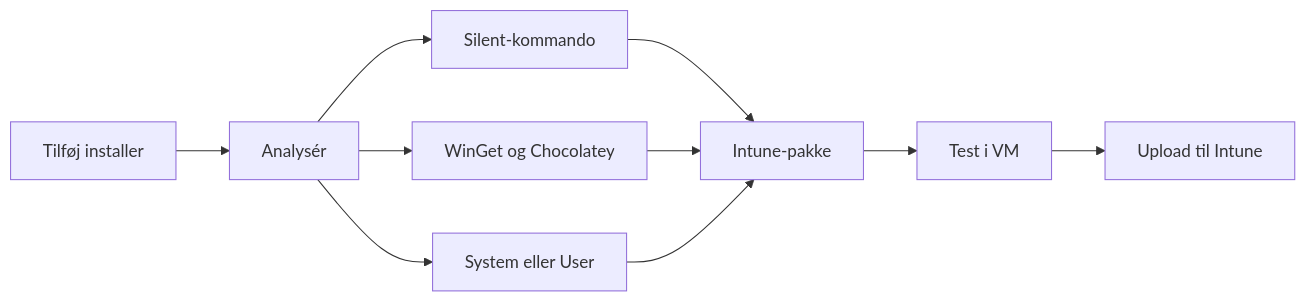
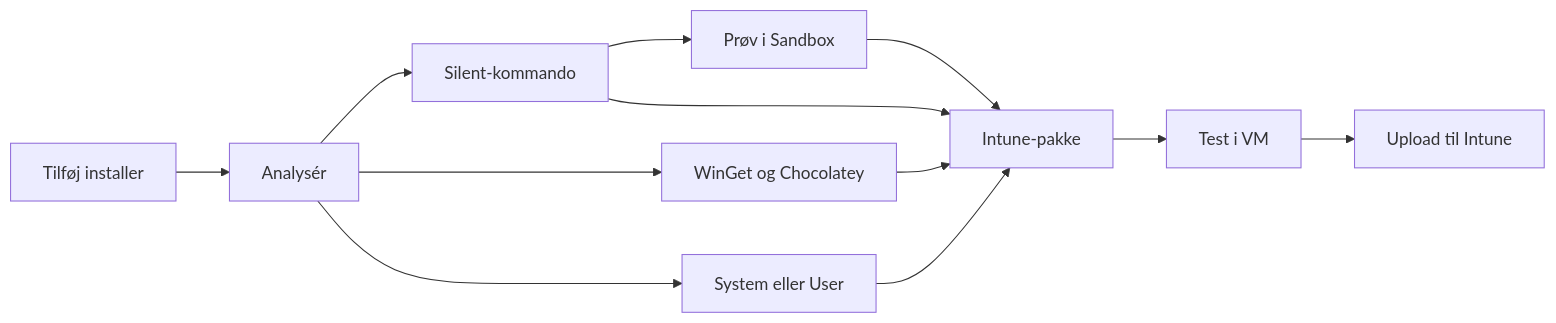
One commit to mthorngaard/InstallScout-releases changed the first of 2 diagrams in docs/vejledning.md. Above: the diagram before and after it, drawn with Mermaid. The commit also changed other lines of this file and 38 other files, not shown here.

````diff
--- a/docs/vejledning.md
+++ b/docs/vejledning.md
@@ -53,12 +54,14 @@
 ```mermaid
 flowchart LR
   A[Tilføj installer] --> B[Analysér]
   B --> C[Silent-kommando]
+  C --> S[Prøv i Sandbox]
+  S --> E[Intune-pakke]
   C --> E[Intune-pakke]
   B --> D[WinGet og Chocolatey]
   D --> E[Intune-pakke]
   B --> F[System eller User]
   F --> E
   E --> G[Test i VM]
   G --> H[Upload til Intune]
 ```
````
